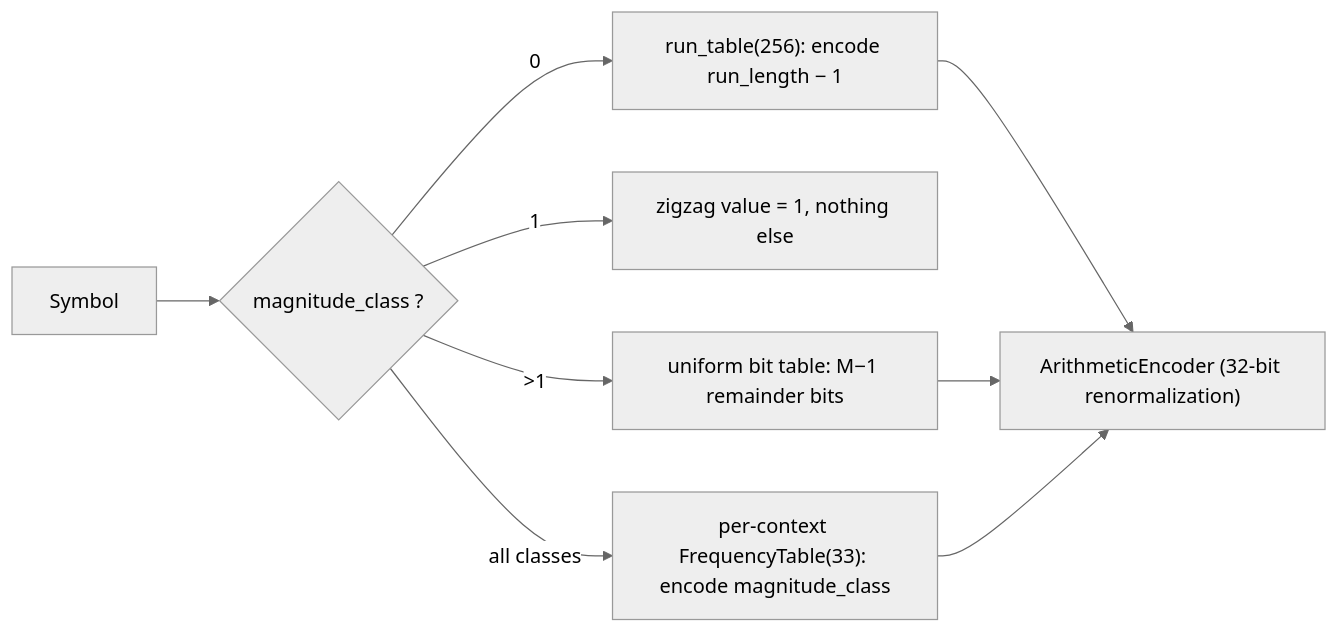
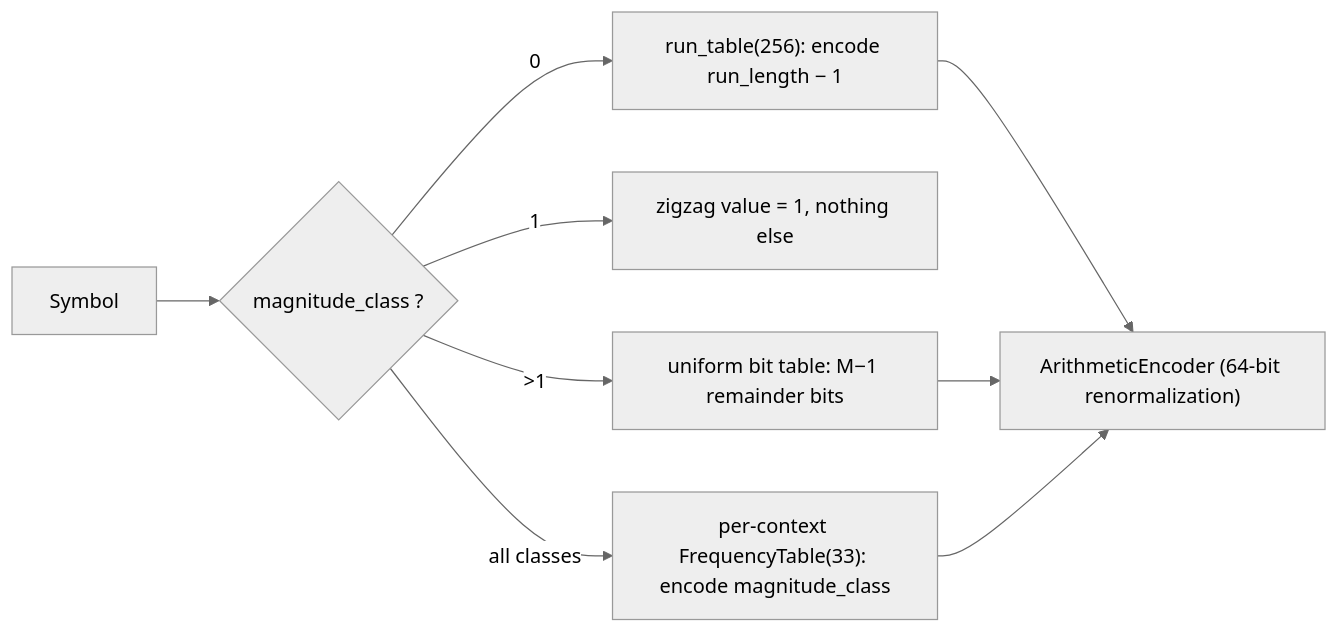
One commit to yashwk/libxtm changed the seventh of 12 diagrams in docs/pipeline.md. Above: the diagram before and after it, drawn with Mermaid (neutral theme). The commit also changed other lines of this file and 70 other files, not shown here.

````diff
--- a/docs/pipeline.md
+++ b/docs/pipeline.md
@@ -282,11 +295,11 @@
 ```mermaid
 flowchart LR
     SYM["Symbol"] --> M0{"magnitude_class ?"}
     M0 -- "0" --> RT["run_table(256): encode run_length − 1"]
     M0 -- "1" --> MAG1["zigzag value = 1, nothing else"]
     M0 -- ">1" --> REMB["uniform bit table: M−1 remainder bits"]
     M0 -- "all classes" --> CT["per-context FrequencyTable(33): encode magnitude_class"]
-    RT --> AC["ArithmeticEncoder (32-bit renormalization)"]
+    RT --> AC["ArithmeticEncoder (64-bit renormalization)"]
     REMB --> AC
     CT --> AC
 ```
````
